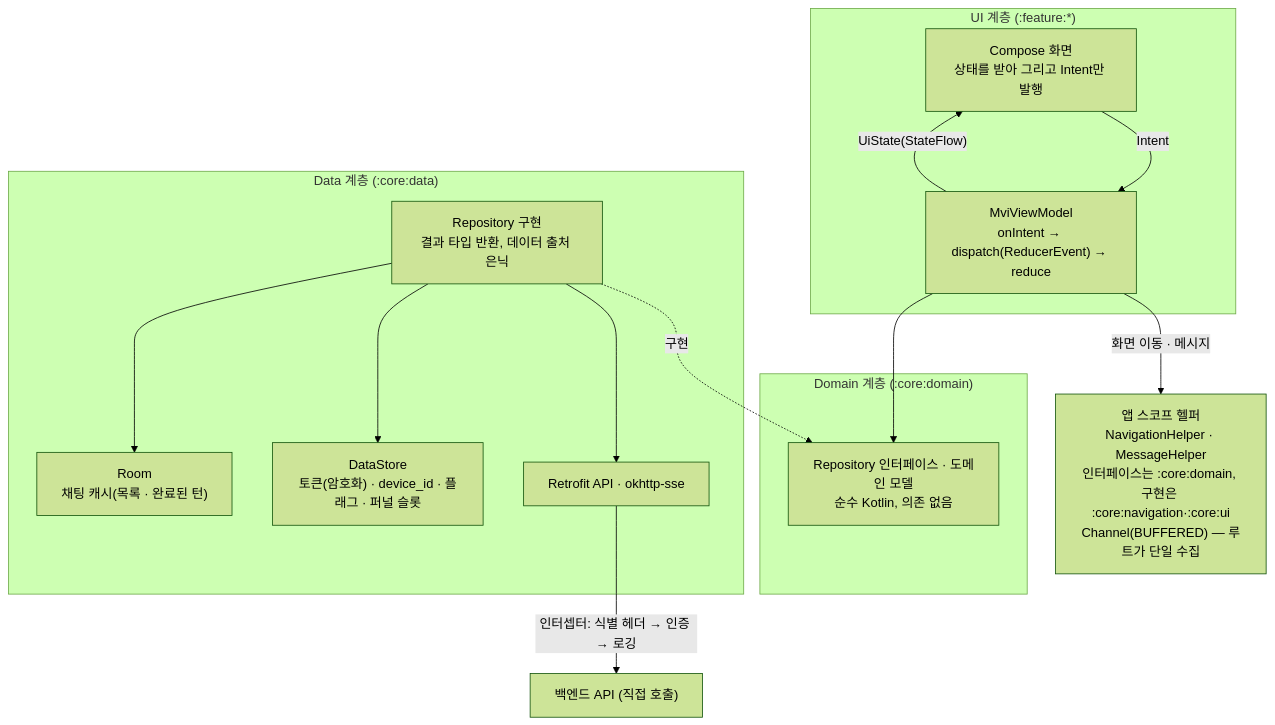
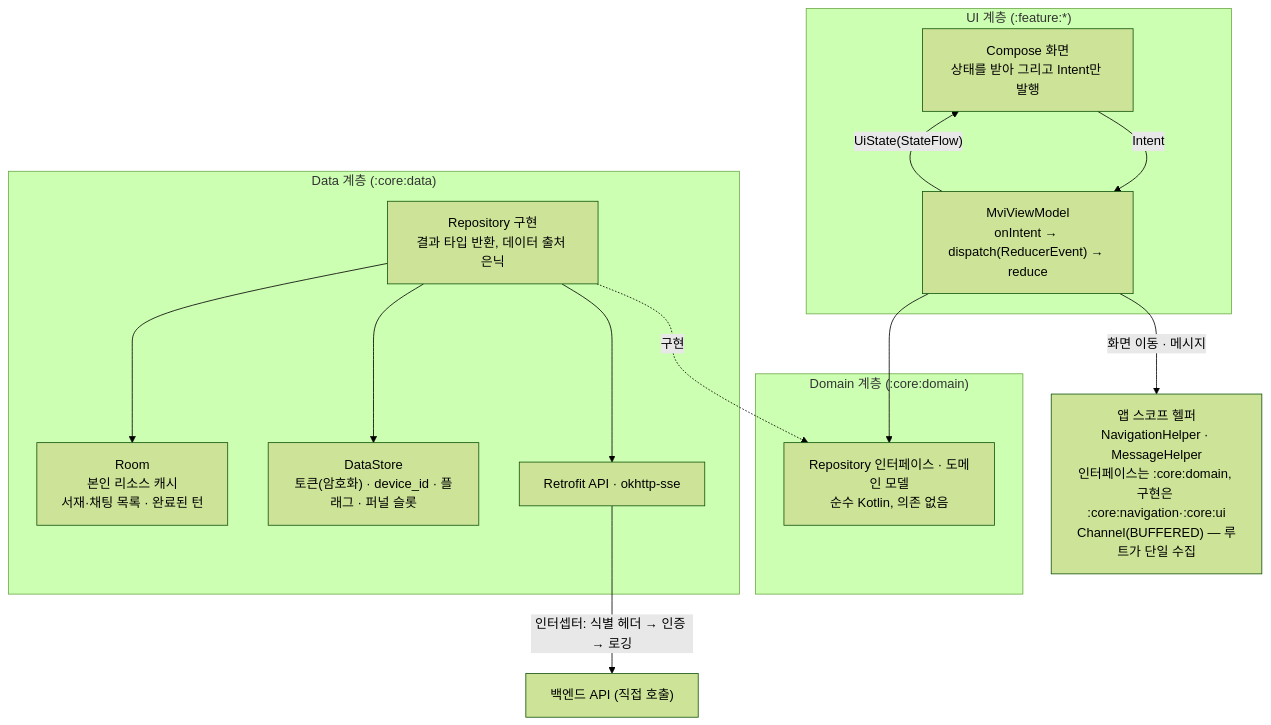
Before and after one commit to KIM-N-KANG/knk-harness: the first of 2 diagrams in docs/product-specs/3-3-android-app.md, drawn with Mermaid (forest theme). The commit also changed other lines of this file and 1 other file, not shown here.

````diff
--- a/docs/product-specs/3-3-android-app.md
+++ b/docs/product-specs/3-3-android-app.md
@@ -153,25 +153,25 @@
 ```mermaid
 graph TD
     subgraph UI["UI 계층 (:feature:*)"]
         C["Compose 화면<br/>상태를 받아 그리고 Intent만 발행"]
         VM["MviViewModel<br/>onIntent → dispatch(ReducerEvent) → reduce"]
     end
     subgraph DOMAIN["Domain 계층 (:core:domain)"]
         RI["Repository 인터페이스 · 도메인 모델<br/>순수 Kotlin, 의존 없음"]
     end
     subgraph DATA["Data 계층 (:core:data)"]
         R["Repository 구현<br/>결과 타입 반환, 데이터 출처 은닉"]
         API["Retrofit API · okhttp-sse"]
         DS["DataStore<br/>토큰(암호화) · device_id · 플래그 · 퍼널 슬롯"]
-        DB["Room<br/>채팅 캐시(목록 · 완료된 턴)"]
+        DB["Room<br/>본인 리소스 캐시<br/>서재·채팅 목록 · 완료된 턴"]
     end
     C -->|Intent| VM
     VM -->|"UiState(StateFlow)"| C
     VM -->|"화면 이동 · 메시지"| HELP["앱 스코프 헬퍼<br/>NavigationHelper · MessageHelper<br/>인터페이스는 :core:domain, 구현은 :core:navigation·:core:ui<br/>Channel(BUFFERED) — 루트가 단일 수집"]
     VM --> RI
     R -.->|구현| RI
     R --> API
     R --> DS
     R --> DB
     API -->|"인터셉터: 식별 헤더 → 인증 → 로깅"| BE["백엔드 API (직접 호출)"]
 ```
````
